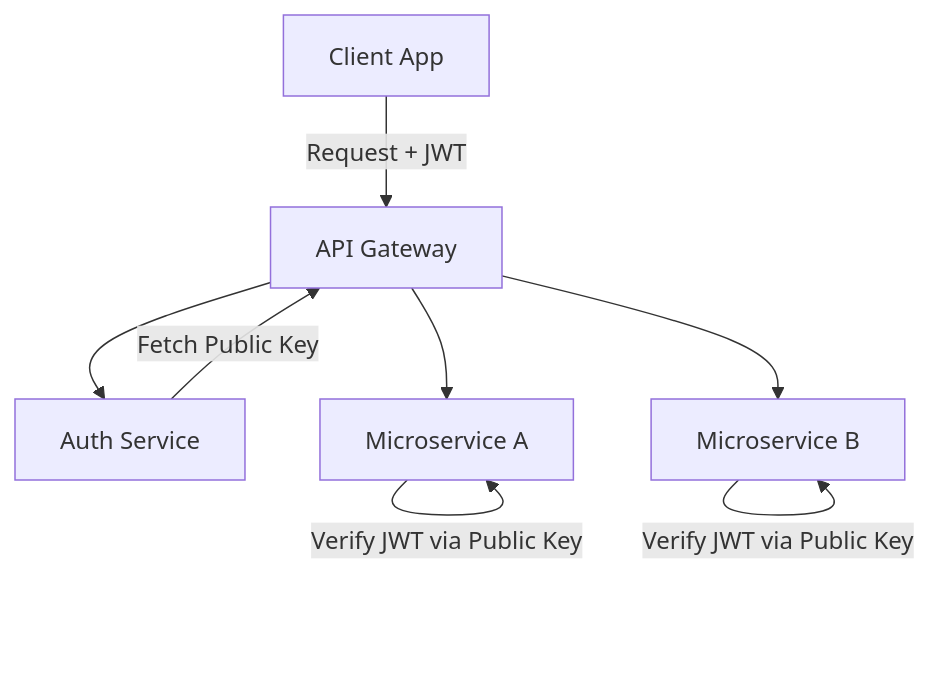
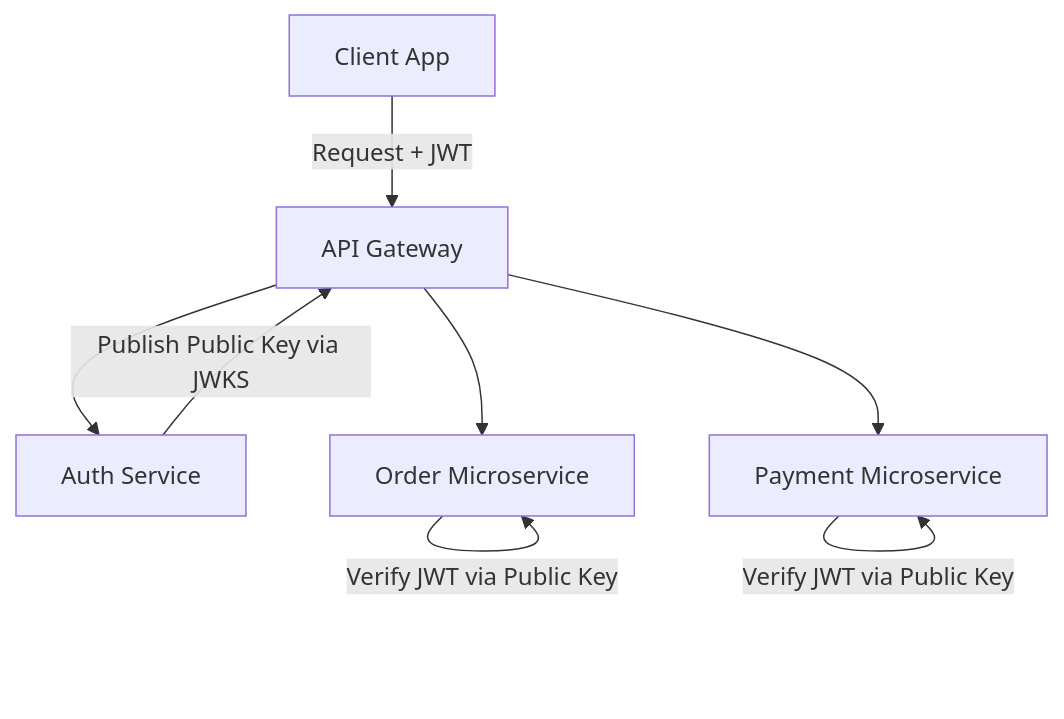
One commit to Enggvault/Full-stack changed the fifth of 6 diagrams in 09-authentication/notes.md. Above: the diagram before and after it, drawn with Mermaid. The commit also changed other lines of this file and 1 other file, not shown here.

````diff
--- a/09-authentication/notes.md
+++ b/09-authentication/notes.md
@@ -364,10 +477,10 @@
 ```mermaid
 graph TD
     Client[Client App] -->|Request + JWT| Gateway[API Gateway]
     Gateway --> Auth[Auth Service]
-    Auth -->|Fetch Public Key| Gateway
-    Gateway --> ServiceA[Microservice A]
-    Gateway --> ServiceB[Microservice B]
+    Auth -->|Publish Public Key via JWKS| Gateway
+    Gateway --> ServiceA[Order Microservice]
+    Gateway --> ServiceB[Payment Microservice]
     ServiceA -->|Verify JWT via Public Key| ServiceA
     ServiceB -->|Verify JWT via Public Key| ServiceB
 ```
````
